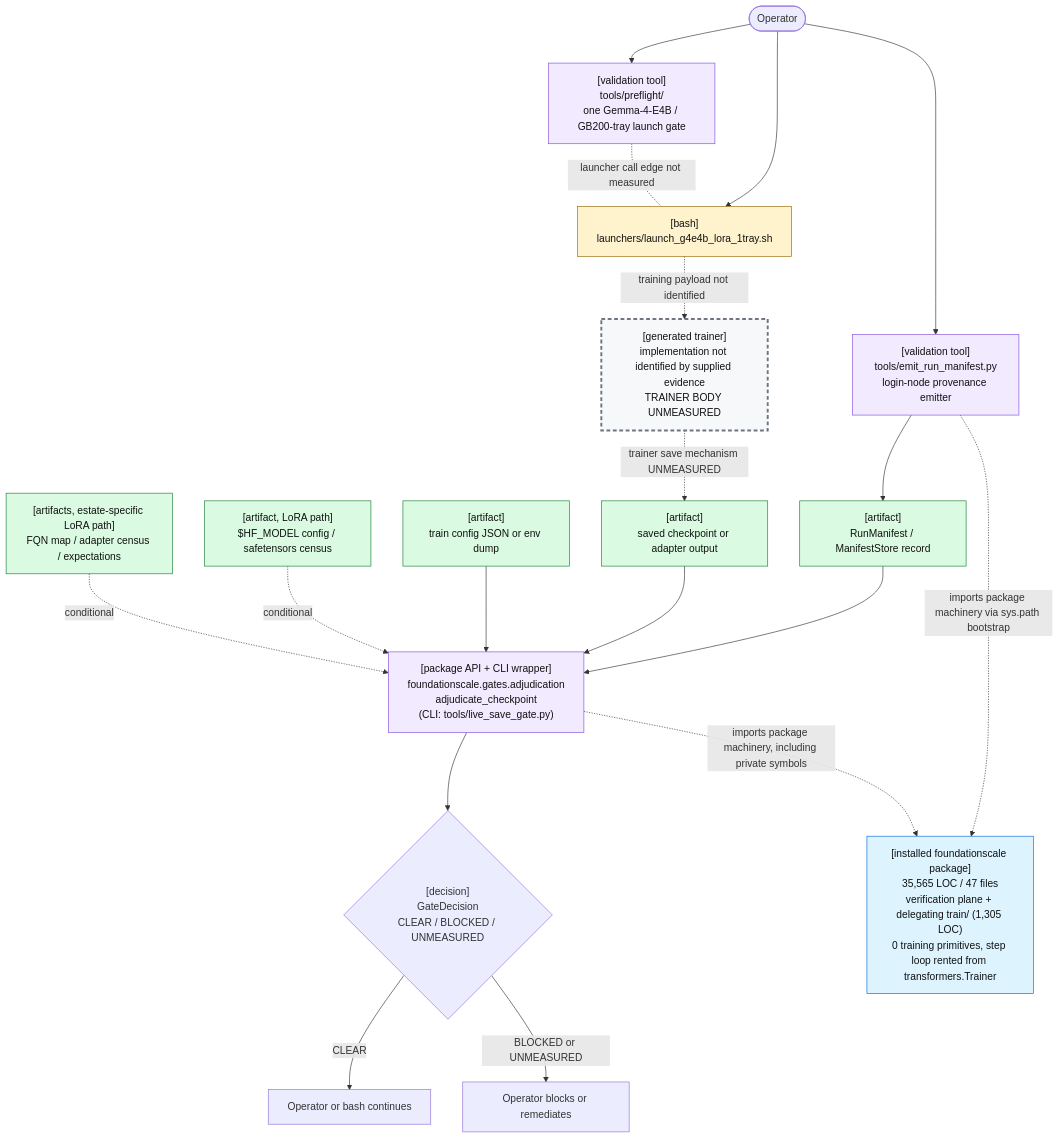
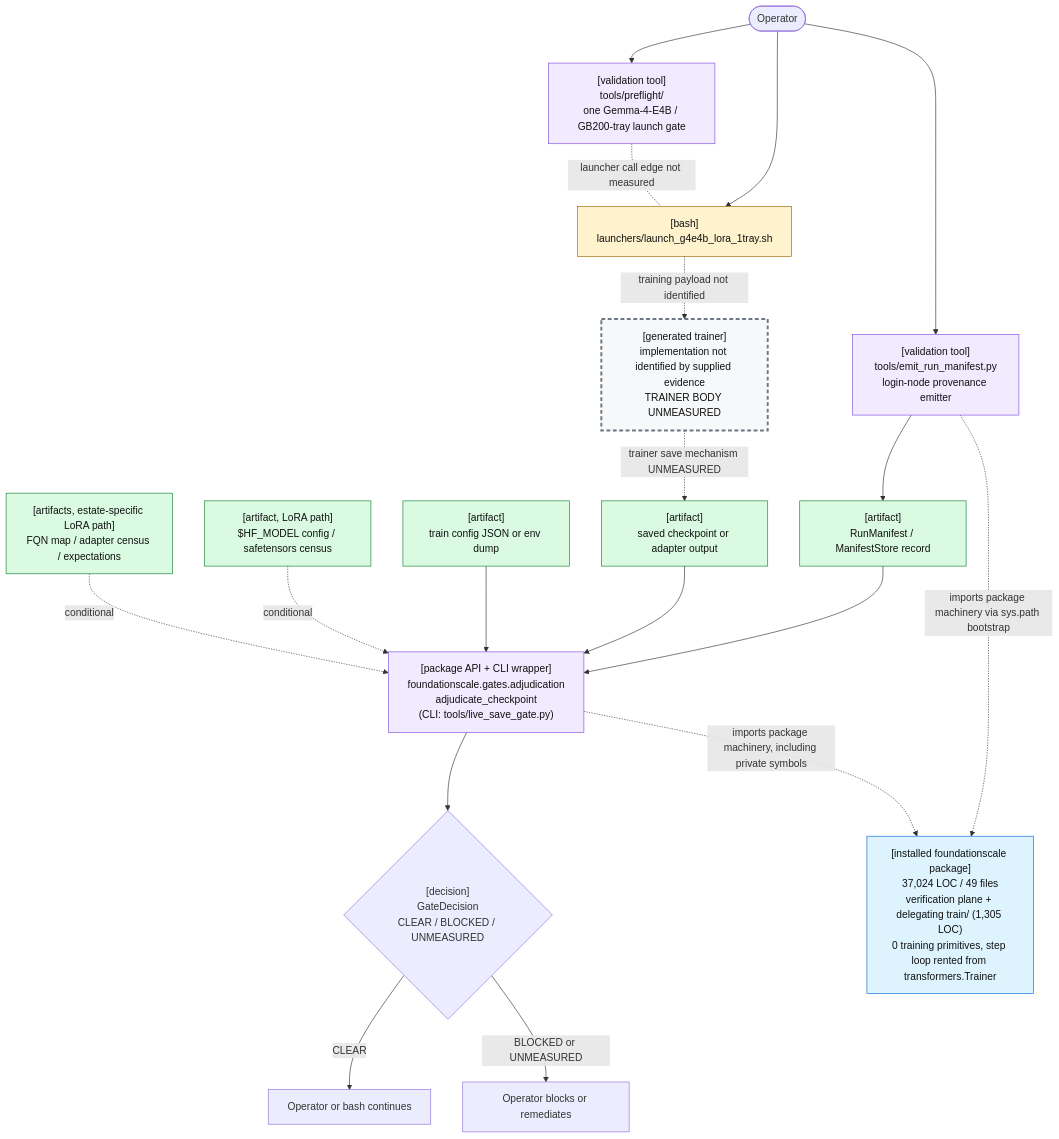
Before and after one commit to TranNhiem/FoundationScale: the first of 2 diagrams in docs/review/D2_current_architecture.md, drawn with Mermaid. The commit also changed other lines of this file and 20 other files, not shown here.

````diff
--- a/docs/review/D2_current_architecture.md
+++ b/docs/review/D2_current_architecture.md
@@ -25,59 +25,59 @@
 ```mermaid
 flowchart TB
   O(["Operator"])
 
   PF["[validation tool]<br/>tools/preflight/<br/>one Gemma-4-E4B / GB200-tray launch gate"]
   L["[bash]<br/>launchers/launch_g4e4b_lora_1tray.sh"]
 
   E["[validation tool]<br/>tools/emit_run_manifest.py<br/>login-node provenance emitter"]
   M["[artifact]<br/>RunManifest / ManifestStore record"]
 
   T["[generated trainer]<br/>implementation not identified by supplied evidence<br/>TRAINER BODY UNMEASURED"]
   C["[artifact]<br/>saved checkpoint or adapter output"]
 
   G["[package API + CLI wrapper]<br/>foundationscale.gates.adjudication<br/>adjudicate_checkpoint<br/>(CLI: tools/live_save_gate.py)"]
   CFG["[artifact]<br/>train config JSON or env dump"]
   BASE["[artifact, LoRA path]<br/>$HF_MODEL config / safetensors census"]
   CEN["[artifacts, estate-specific LoRA path]<br/>FQN map / adapter census / expectations"]
 
   D{"[decision]<br/>GateDecision<br/>CLEAR / BLOCKED / UNMEASURED"}
   OK["Operator or bash continues"]
   NO["Operator blocks or remediates"]
 
-  PKG["[installed foundationscale package]<br/>35,565 LOC / 47 files<br/>verification plane + delegating train/ (1,305 LOC)<br/>0 training primitives, step loop rented from transformers.Trainer"]
+  PKG["[installed foundationscale package]<br/>37,024 LOC / 49 files<br/>verification plane + delegating train/ (1,305 LOC)<br/>0 training primitives, step loop rented from transformers.Trainer"]
 
   O --> PF
   O --> L
   PF -. "launcher call edge not measured" .- L
 
   O --> E
   E --> M
 
   L -. "training payload not identified" .-> T
   T -. "trainer save mechanism UNMEASURED" .-> C
 
   M --> G
   C --> G
   CFG --> G
   BASE -. "conditional" .-> G
   CEN -. "conditional" .-> G
 
   E -. "imports package machinery via sys.path bootstrap" .-> PKG
   G -. "imports package machinery, including private symbols" .-> PKG
 
   G --> D
   D -->|"CLEAR"| OK
   D -->|"BLOCKED or UNMEASURED"| NO
 
   classDef bash fill:#fff3cd,stroke:#9a6700,color:#111;
   classDef tool fill:#f2eaff,stroke:#8250df,color:#111;
   classDef artifact fill:#dafbe1,stroke:#1a7f37,color:#111;
   classDef gap fill:#f6f8fa,stroke:#6e7781,stroke-width:3px,stroke-dasharray: 6 4,color:#111;
   classDef pkg fill:#ddf4ff,stroke:#0969da,color:#111;
 
   class L bash;
   class PF,E,G tool;
   class M,C,CFG,BASE,CEN artifact;
   class T gap;
   class PKG pkg;
 ```
````
